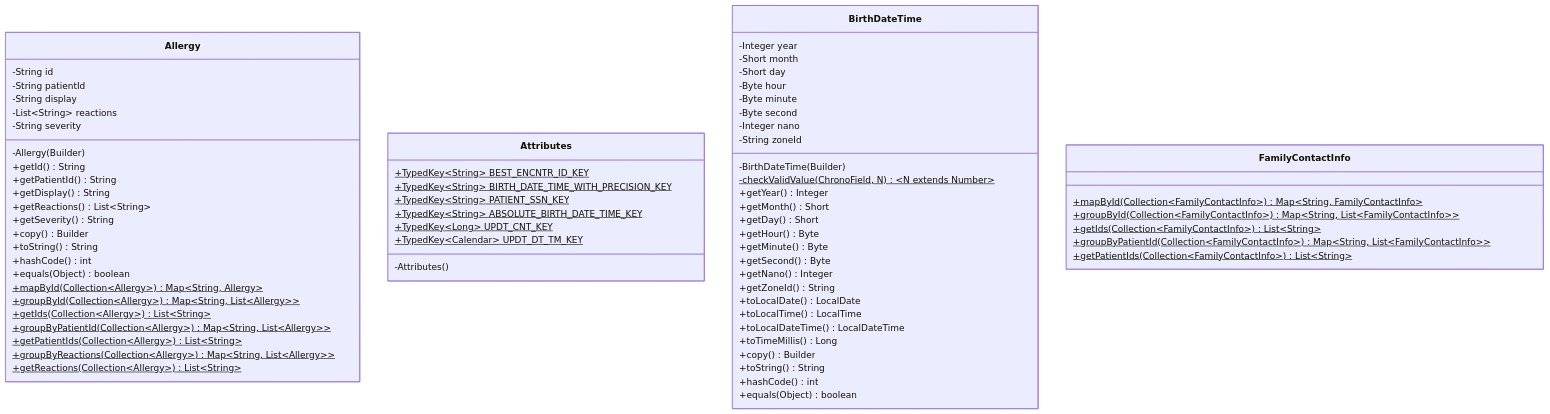
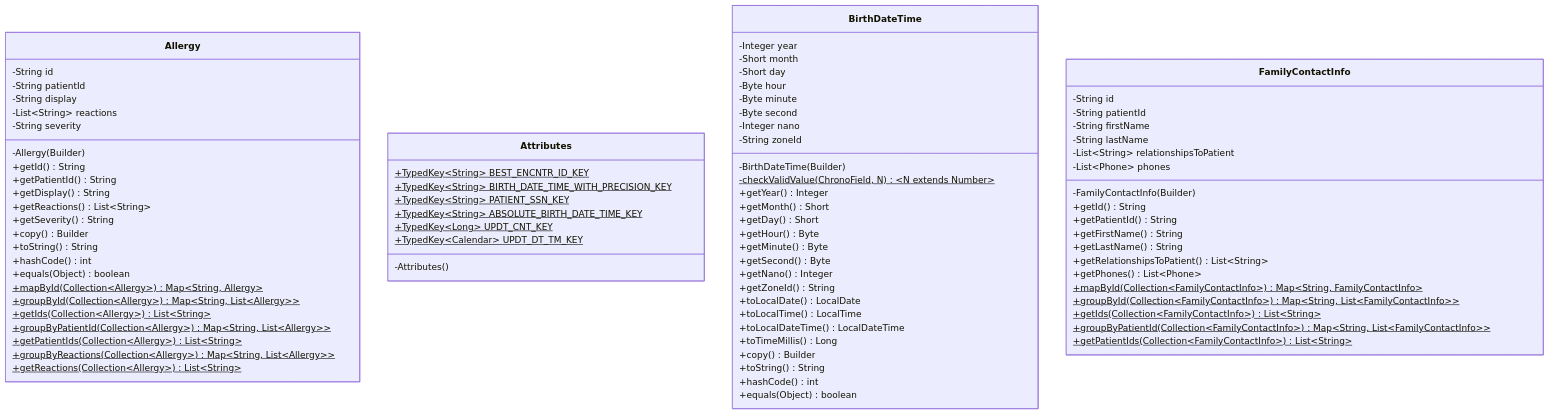
Before and after one commit to abhishek171287/FACE-RECOGNITION-ATTENDANCE-SYSTEM-USING-RASPBERRY-PI: the diagram in README.md, drawn with Mermaid.

```diff
--- a/README.md
+++ b/README.md
@@ -70,7 +70,20 @@
     }
     
     class FamilyContactInfo{
-        
+        -String id
+        -String patientId
+        -String firstName
+        -String lastName
+        -List~String~ relationshipsToPatient
+        -List~Phone~ phones
+        -FamilyContactInfo(Builder)
+        +getId() String
+        +getPatientId() String
+        +getFirstName() String
+        +getLastName() String
+        +getRelationshipsToPatient() List~String~
+        +getPhones() List~Phone~       
+
         +mapById(Collection~FamilyContactInfo~)$ Map&lt;String, FamilyContactInfo&gt;
         +groupById(Collection~FamilyContactInfo~)$ Map&lt;String, List~FamilyContactInfo~&gt;
         +getIds(Collection~FamilyContactInfo~)$ List~String~
```
